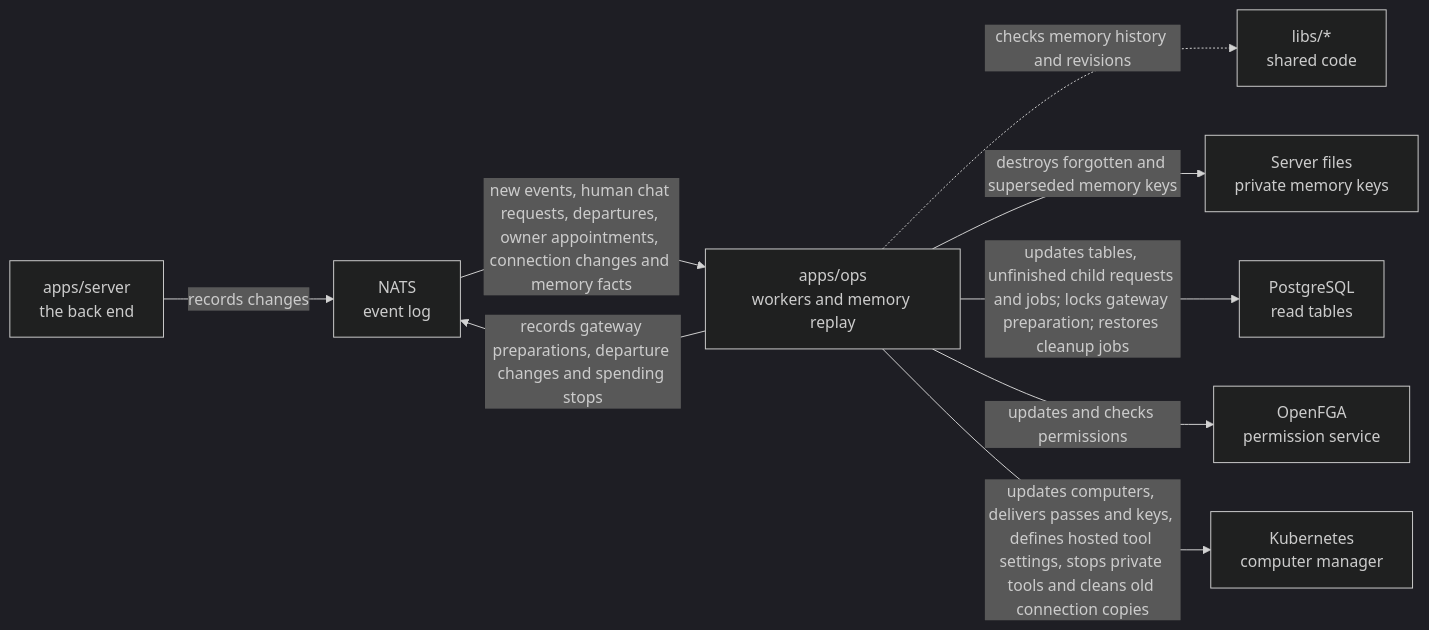
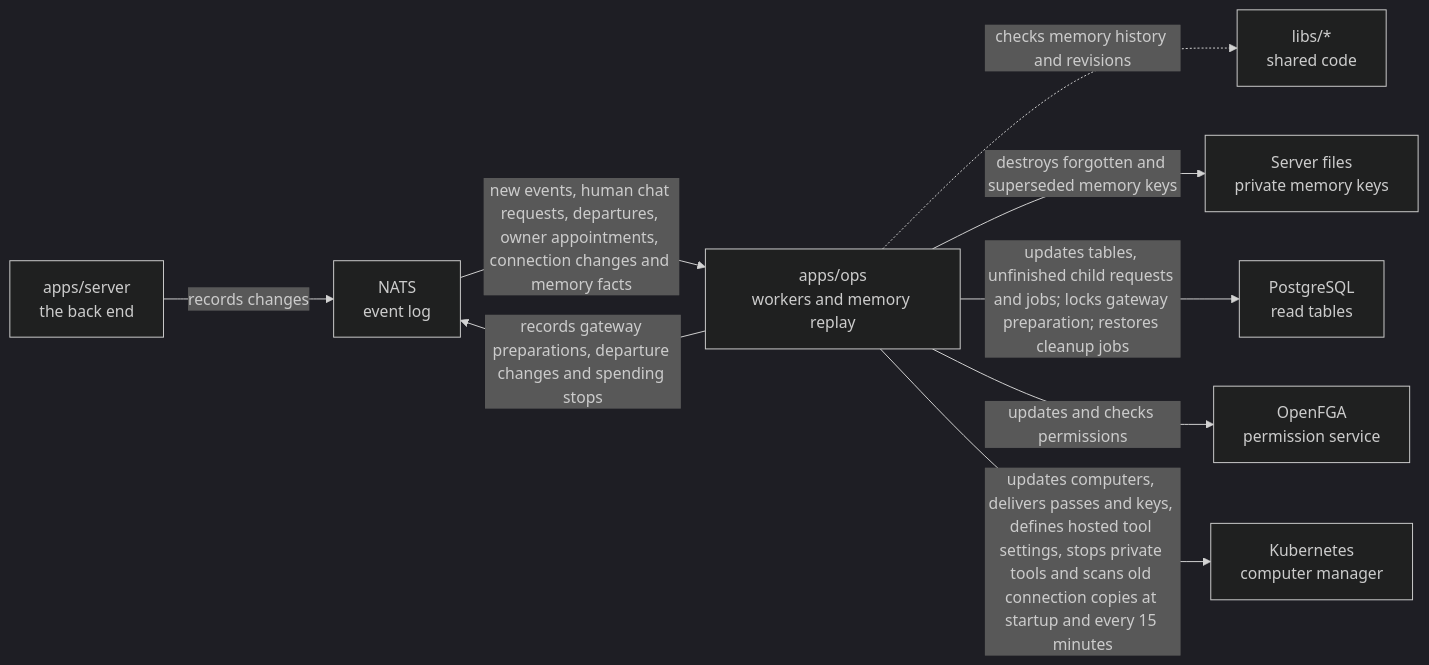
The diagram in apps/ops/README.md (elewa-git/opencrane-new), drawn with Mermaid (dark theme) before and after one commit. The commit also changed other lines of this file and 10 other files, not shown here.

Commit message:
🧹 Scan abandoned connection copies at startup and every fifteen minutes

````diff
--- a/apps/ops/README.md
+++ b/apps/ops/README.md
@@ -11,11 +11,11 @@
 ```mermaid
 flowchart LR
   server["apps/server<br/>the back end"] -->|records changes| nats["NATS<br/>event log"]
   nats -->|new events, human chat requests, departures, owner appointments, connection changes and memory facts| ops["apps/ops<br/>workers and memory replay"]
   ops -->|records gateway preparations, departure changes and spending stops| nats
   ops -.->|checks memory history and revisions| libs["libs/*<br/>shared code"]
   ops -->|destroys forgotten and superseded memory keys| keys["Server files<br/>private memory keys"]
   ops -->|updates tables, unfinished child requests and jobs; locks gateway preparation; restores cleanup jobs| postgres["PostgreSQL<br/>read tables"]
   ops -->|updates and checks permissions| fga["OpenFGA<br/>permission service"]
-  ops -->|updates computers, delivers passes and keys, defines hosted tool settings, stops private tools and cleans old connection copies| kube["Kubernetes<br/>computer manager"]
+  ops -->|updates computers, delivers passes and keys, defines hosted tool settings, stops private tools and scans old connection copies at startup and every 15 minutes| kube["Kubernetes<br/>computer manager"]
 ```
````
